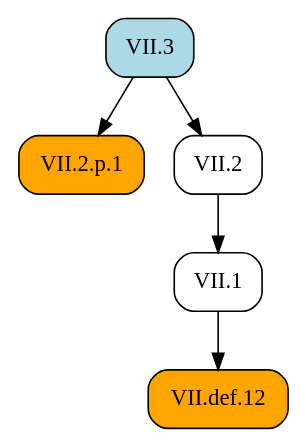
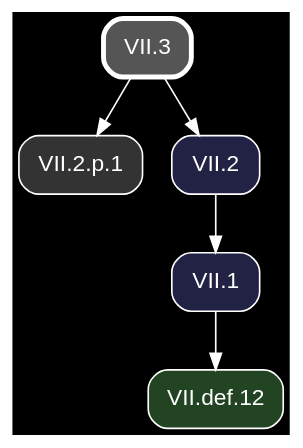
One commit to geometor/elements changed the diagram in docsrc/heath/VII/3/index.rst. Above: the diagram before and after it, drawn with Graphviz. The commit also changed other lines of this file and 1200 other files, not shown here.

Commit message:
update dependency graphs

```diff
--- a/docsrc/heath/VII/3/index.rst
+++ b/docsrc/heath/VII/3/index.rst
@@ -78,15 +78,17 @@
 .. graphviz::
 
    digraph {
+     bgcolor="black";
+     node [shape=box, style="rounded,filled", fontname="Helvetica", color="white", fontcolor="white"];
+     edge [color="white", fontcolor="white"];
      rankdir="TB";
-     node [shape=box, style=rounded];
-     "VII.3" [style="rounded,filled", fillcolor=lightblue, URL="/heath/VII/3/", target="_top"];
-     "VII.def.12" [style="rounded,filled", fillcolor=orange, URL="/heath/VII/def.12/", target="_top"];
-     "VII.2.p.1" [style="rounded,filled", fillcolor=orange];
-     "VII.2" [URL="/heath/VII/2/", target="_top"];
-     "VII.1" [URL="/heath/VII/1/", target="_top"];
-     "VII.1" -> "VII.def.12";
+     "VII.3" [penwidth=3, color="white", fillcolor="#555555", URL="/heath/VII/3/", target="_top"];
+     "VII.2.p.1" [fillcolor="#333333"];
+     "VII.2" [fillcolor="#222244", URL="/heath/VII/2/", target="_top"];
+     "VII.1" [fillcolor="#222244", URL="/heath/VII/1/", target="_top"];
+     "VII.def.12" [fillcolor="#224422", URL="/heath/VII/def.12/", target="_top"];
      "VII.3" -> "VII.2.p.1";
      "VII.3" -> "VII.2";
      "VII.2" -> "VII.1";
+     "VII.1" -> "VII.def.12";
    }
```
